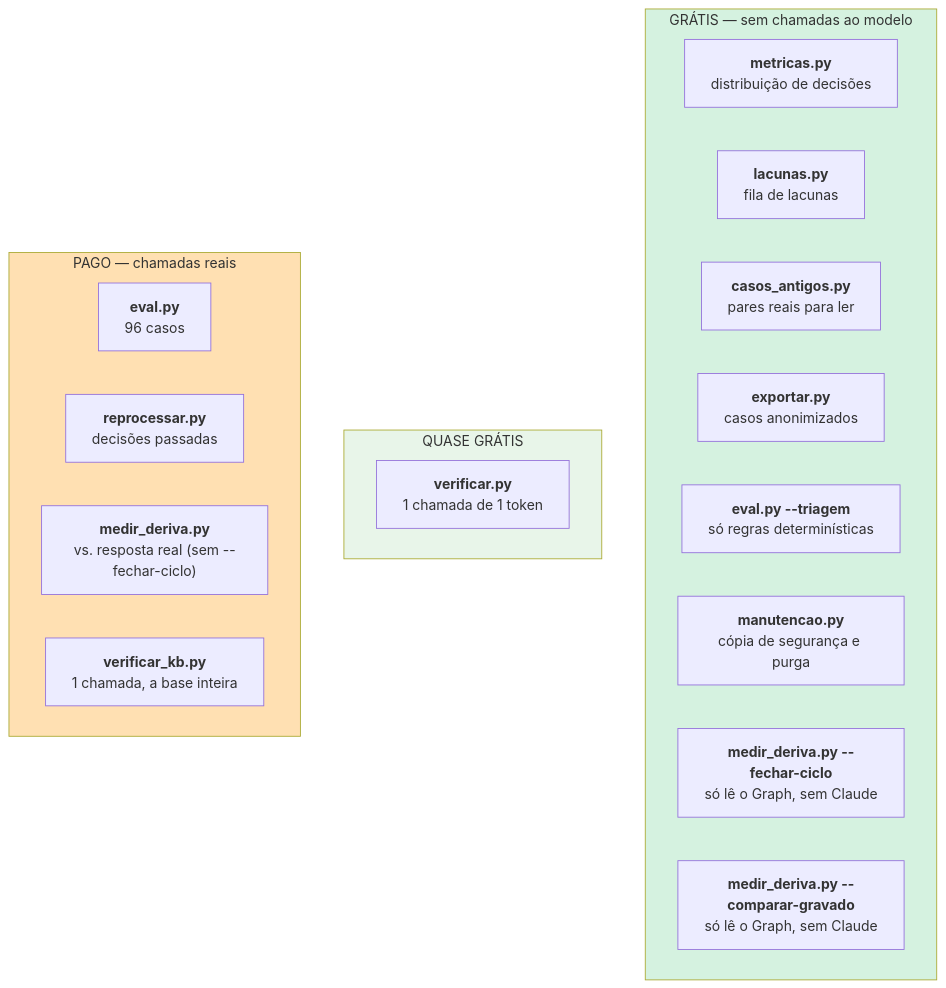
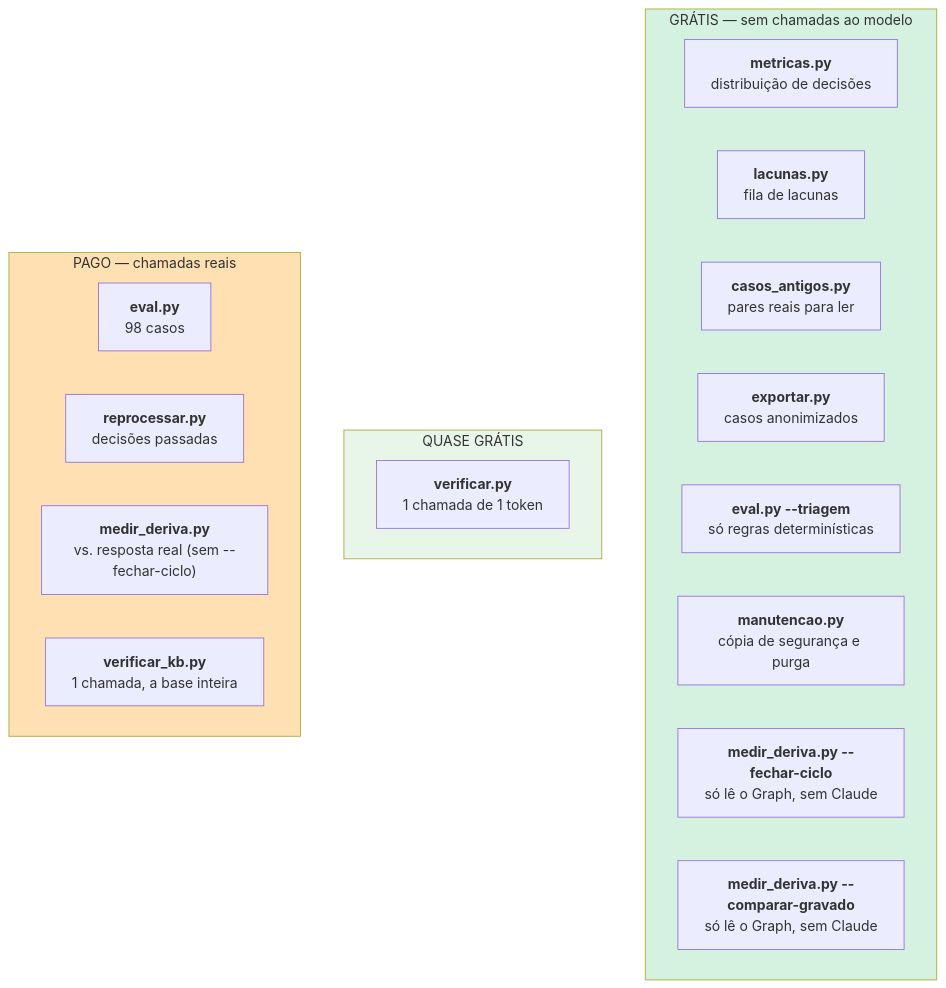
Before and after one commit to joaocarvalhini/Outlook-Reply-Assistant: the diagram in docs/06-engineering/operations.md, drawn with Mermaid. The commit also changed 9 other files, not shown here.

````diff
--- a/docs/06-engineering/operations.md
+++ b/docs/06-engineering/operations.md
@@ -23,25 +23,25 @@
 ```mermaid
 flowchart TB
     subgraph G["GRÁTIS — sem chamadas ao modelo"]
         G1["<b>metricas.py</b><br/>distribuição de decisões"]
         G2["<b>lacunas.py</b><br/>fila de lacunas"]
         G4["<b>casos_antigos.py</b><br/>pares reais para ler"]
         G5["<b>exportar.py</b><br/>casos anonimizados"]
         G6["<b>eval.py --triagem</b><br/>só regras determinísticas"]
         G7["<b>manutencao.py</b><br/>cópia de segurança e purga"]
         G8["<b>medir_deriva.py --fechar-ciclo</b><br/>só lê o Graph, sem Claude"]
         G9["<b>medir_deriva.py --comparar-gravado</b><br/>só lê o Graph, sem Claude"]
     end
     subgraph Q["QUASE GRÁTIS"]
         Q1["<b>verificar.py</b><br/>1 chamada de 1 token"]
     end
     subgraph P["PAGO — chamadas reais"]
-        P1["<b>eval.py</b><br/>96 casos"]
+        P1["<b>eval.py</b><br/>98 casos"]
         P2["<b>reprocessar.py</b><br/>decisões passadas"]
         P3["<b>medir_deriva.py</b><br/>vs. resposta real (sem --fechar-ciclo)"]
         P4["<b>verificar_kb.py</b><br/>1 chamada, a base inteira"]
     end
     style G fill:#d5f2e0
     style Q fill:#e8f5e9
     style P fill:#ffe0b2
 ```
````
